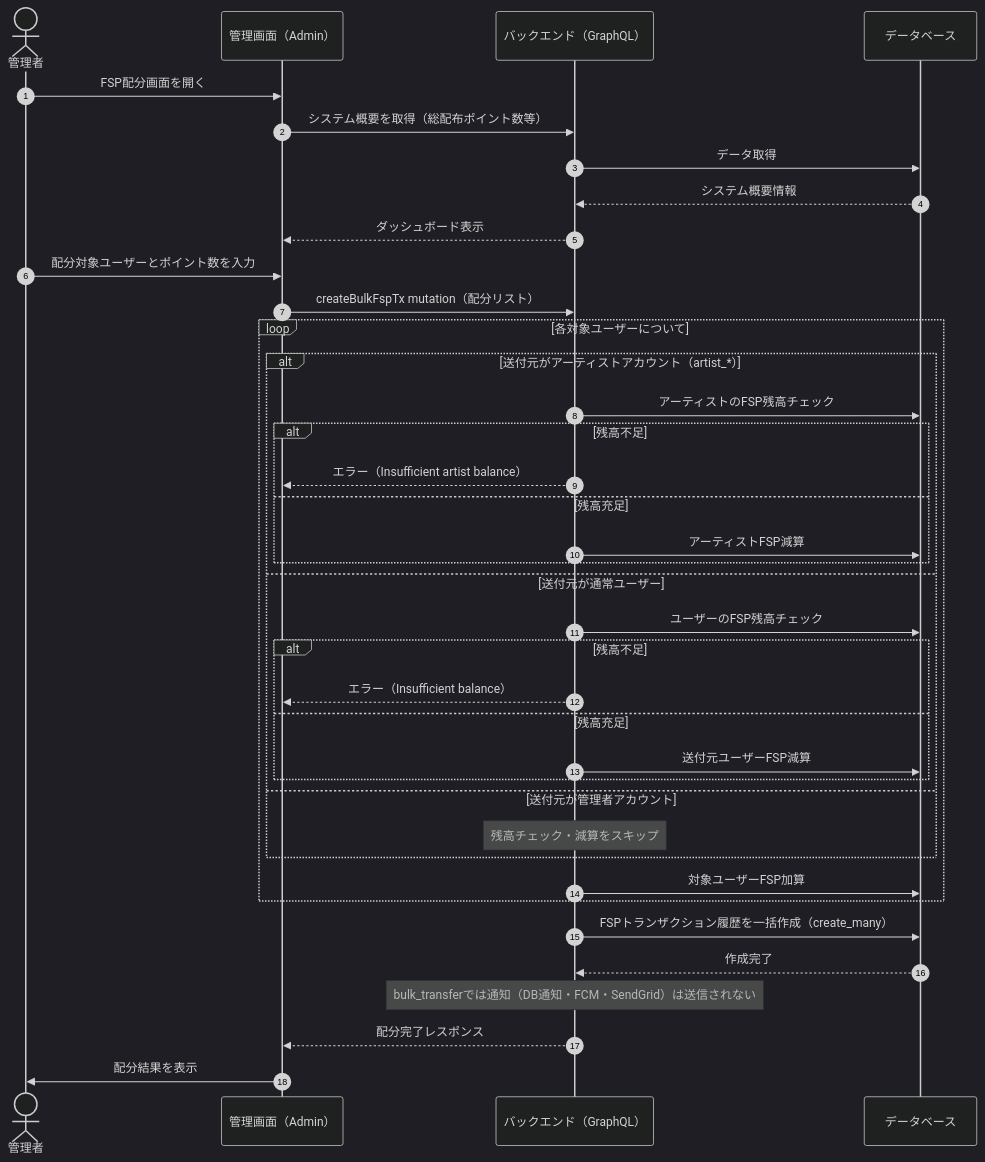
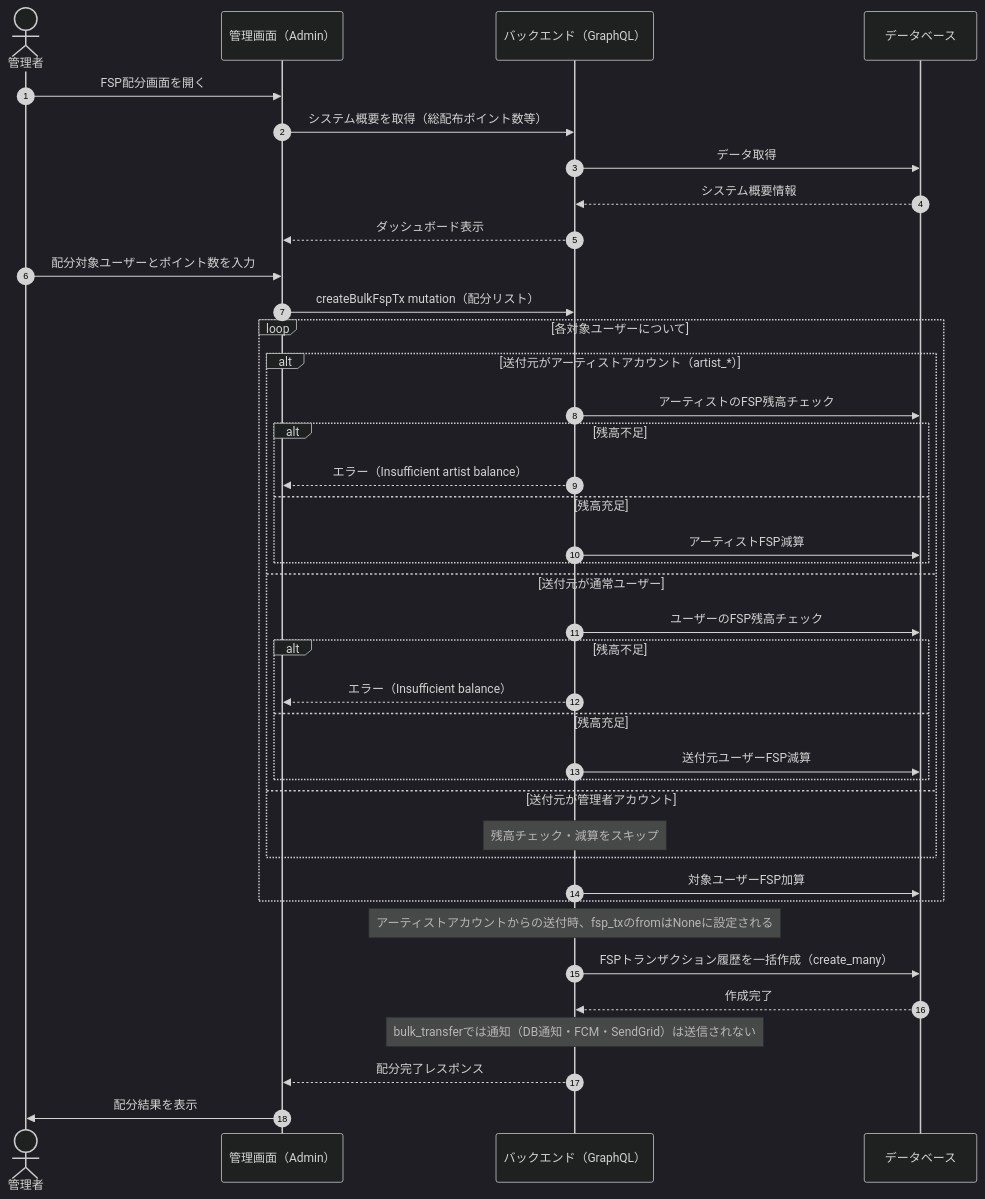
The seventh of 13 diagrams in docs/sequence-diagrams.md (sc-hosokawa/frienda), drawn with Mermaid (dark theme) before and after one commit.

Commit message:
docs: FSP配分フローにアーティストアカウントのfsp_tx.from=None挙動を補足
bulk_transfer実装（L253-254）でアーティストアカウントからの
送付時にfsp_txのfromがNoneに設定される挙動をNoteで明記。

````diff
--- a/docs/sequence-diagrams.md
+++ b/docs/sequence-diagrams.md
@@ -315,47 +315,48 @@
 ```mermaid
 sequenceDiagram
     autonumber
 
     actor 管理者
     participant 管理画面 as 管理画面（Admin）
     participant バックエンド as バックエンド（GraphQL）
     participant データベース
 
     管理者->>管理画面: FSP配分画面を開く
     管理画面->>バックエンド: システム概要を取得（総配布ポイント数等）
     バックエンド->>データベース: データ取得
     データベース-->>バックエンド: システム概要情報
     バックエンド-->>管理画面: ダッシュボード表示
 
     管理者->>管理画面: 配分対象ユーザーとポイント数を入力
     管理画面->>バックエンド: createBulkFspTx mutation（配分リスト）
 
     loop 各対象ユーザーについて
         alt 送付元がアーティストアカウント（artist_*）
             バックエンド->>データベース: アーティストのFSP残高チェック
             alt 残高不足
                 バックエンド-->>管理画面: エラー（Insufficient artist balance）
             else 残高充足
                 バックエンド->>データベース: アーティストFSP減算
             end
         else 送付元が通常ユーザー
             バックエンド->>データベース: ユーザーのFSP残高チェック
             alt 残高不足
                 バックエンド-->>管理画面: エラー（Insufficient balance）
             else 残高充足
                 バックエンド->>データベース: 送付元ユーザーFSP減算
             end
         else 送付元が管理者アカウント
             Note over バックエンド: 残高チェック・減算をスキップ
         end
         バックエンド->>データベース: 対象ユーザーFSP加算
     end
 
+    Note over バックエンド: アーティストアカウントからの送付時、fsp_txのfromはNoneに設定される
     バックエンド->>データベース: FSPトランザクション履歴を一括作成（create_many）
     データベース-->>バックエンド: 作成完了
 
     Note over バックエンド: bulk_transferでは通知（DB通知・FCM・SendGrid）は送信されない
 
     バックエンド-->>管理画面: 配分完了レスポンス
     管理画面->>管理者: 配分結果を表示
 ```
````
